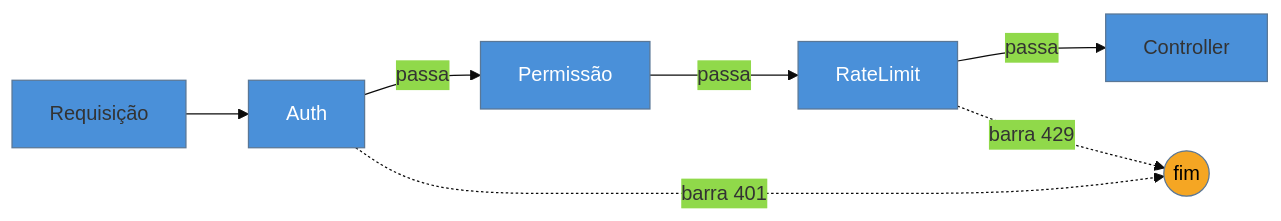
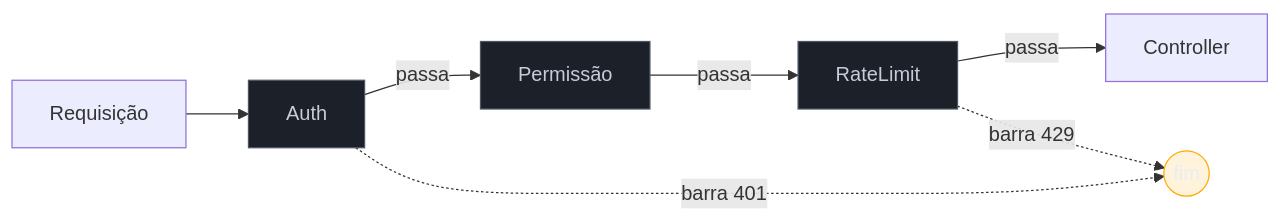
One commit to josenaldo/codex-technomanticus changed the diagram in 03-Dominios/Engenharia/Design de Software/Padrões de Projeto/Clássicos (GoF)/17 - Chain of Responsibility.md. Above: the diagram before and after it, drawn with Mermaid. The commit also changed 1181 other files, not shown here.

First line of the commit message:
fix(diagramas): paleta do sistema no lugar de cor cravada no markdown

````diff
--- a/03-Dominios/Engenharia/Design de Software/Padrões de Projeto/Clássicos (GoF)/17 - Chain of Responsibility.md
+++ b/03-Dominios/Engenharia/Design de Software/Padrões de Projeto/Clássicos (GoF)/17 - Chain of Responsibility.md
@@ -34,12 +34,13 @@
 ```mermaid
-%%{init: {"theme": "base", "themeVariables": {"primaryColor": "#4A90D9"}}}%%
 graph LR
+    classDef neutro fill:#1B2029,stroke:#4E5666,color:#C6CCD8
+    classDef destaque fill:#FFAA0024,stroke:#FFAA00,color:#E9ECF2
     R[Requisição] --> A[Auth] -->|passa| P[Permissão] -->|passa| L[RateLimit] -->|passa| H[Controller]
     A -.barra 401.-> X((fim))
     L -.barra 429.-> X
 
-    style A fill:#4A90D9,color:#fff
-    style P fill:#4A90D9,color:#fff
-    style L fill:#4A90D9,color:#fff
-    style X fill:#F5A623,color:#000
+    class A neutro
+    class P neutro
+    class L neutro
+    class X destaque
 ```
````
